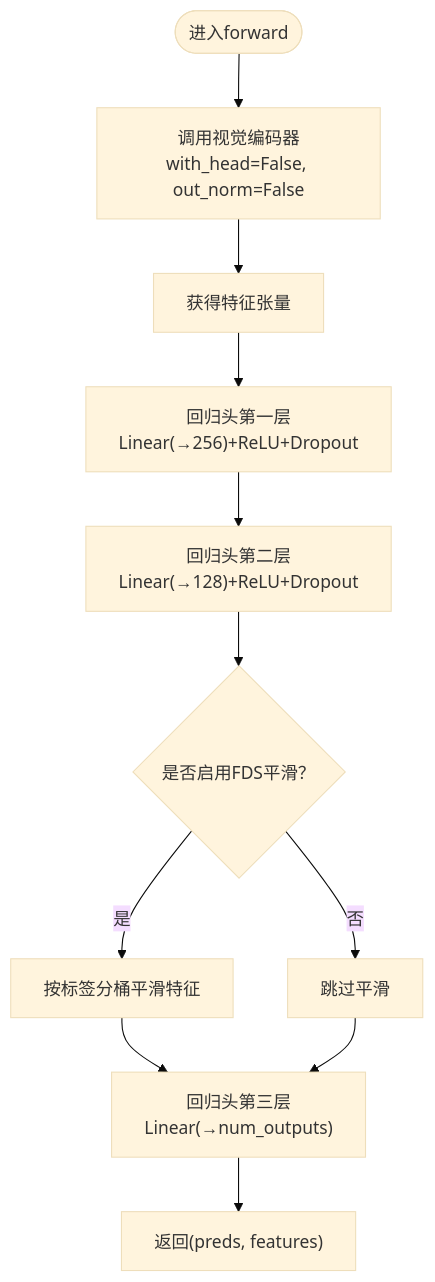
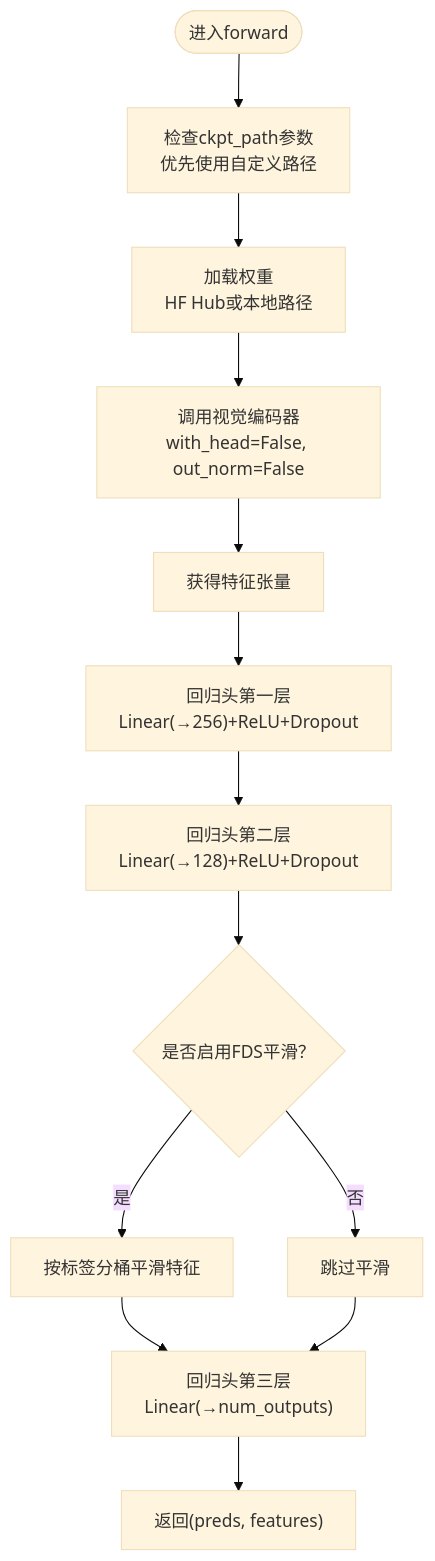
One commit to acproject/HEX changed the third of 5 diagrams in .qoder/repowiki/zh/content/HEX模型架构/CustomModel设计原理.md. Above: the diagram before and after it, drawn with Mermaid (base theme). The commit also changed other lines of this file and 2 other files, not shown here.

````diff
--- a/.qoder/repowiki/zh/content/HEX模型架构/CustomModel设计原理.md
+++ b/.qoder/repowiki/zh/content/HEX模型架构/CustomModel设计原理.md
@@ -146,13 +164,15 @@
 ```mermaid
 flowchart TD
-Start(["进入forward"]) --> CallVisual["调用视觉编码器<br/>with_head=False, out_norm=False"]
+Start(["进入forward"]) --> CheckCkpt["检查ckpt_path参数<br/>优先使用自定义路径"]
+CheckCkpt --> LoadWeights["加载权重<br/>HF Hub或本地路径"]
+LoadWeights --> CallVisual["调用视觉编码器<br/>with_head=False, out_norm=False"]
 CallVisual --> GetFeatures["获得特征张量"]
 GetFeatures --> RegHead1["回归头第一层<br/>Linear(→256)+ReLU+Dropout"]
 RegHead1 --> RegHead2["回归头第二层<br/>Linear(→128)+ReLU+Dropout"]
 RegHead2 --> DecideFDS{"是否启用FDS平滑？"}
 DecideFDS --> |是| Smooth["按标签分桶平滑特征"]
 DecideFDS --> |否| SkipSmooth["跳过平滑"]
 Smooth --> Linear3["回归头第三层<br/>Linear(→num_outputs)"]
 SkipSmooth --> Linear3
 Linear3 --> Return["返回(preds, features)"]
 ```
````
